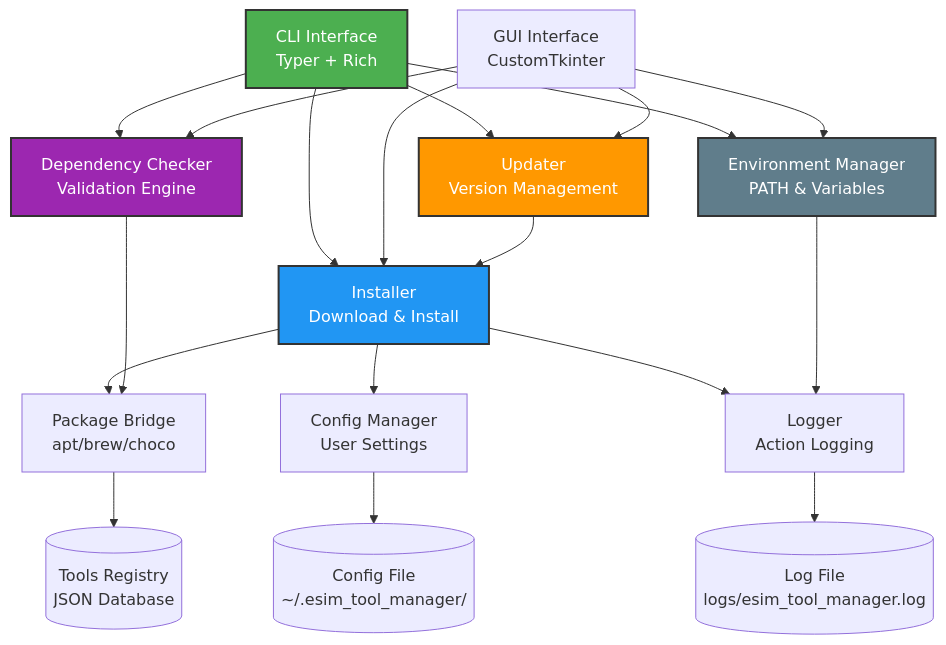
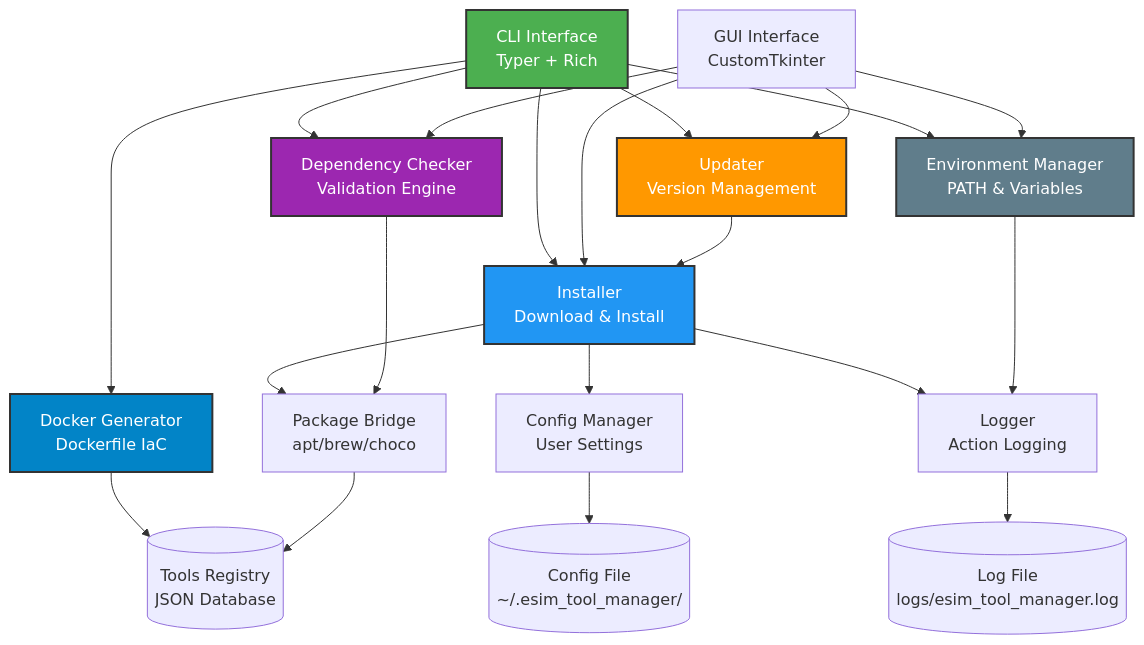
Before and after one commit to Mausam5055/esim-tool-manager: the first of 2 diagrams in README.md, drawn with Mermaid. The commit also changed other lines of this file and 7 other files, not shown here.

Commit message:
docs: add project report and architectural diagrams for Automated Tool Manager

````diff
--- a/README.md
+++ b/README.md
@@ -150,29 +150,32 @@
 ```mermaid
 graph TD
     CLI[CLI Interface<br/>Typer + Rich] --> INS[Installer<br/>Download & Install]
     GUI[GUI Interface<br/>CustomTkinter] --> INS
     CLI --> UPD[Updater<br/>Version Management]
     GUI --> UPD
     CLI --> DEP[Dependency Checker<br/>Validation Engine]
     GUI --> DEP
     CLI --> ENV[Environment Manager<br/>PATH & Variables]
     GUI --> ENV
+    CLI --> DCK[Docker Generator<br/>Dockerfile IaC]
     
     INS --> PKG[Package Bridge<br/>apt/brew/choco]
     INS --> CFG[Config Manager<br/>User Settings]
     INS --> LOG[Logger<br/>Action Logging]
     
     DEP --> PKG
     UPD --> INS
     ENV --> LOG
+    DCK --> REG
     
     PKG --> REG[(Tools Registry<br/>JSON Database)]
     CFG --> CFGFILE[(Config File<br/>~/.esim_tool_manager/)]
     LOG --> LOGFILE[(Log File<br/>logs/esim_tool_manager.log)]
     
     style CLI fill:#4CAF50,stroke:#333,stroke-width:2px,color:#fff
     style INS fill:#2196F3,stroke:#333,stroke-width:2px,color:#fff
     style UPD fill:#FF9800,stroke:#333,stroke-width:2px,color:#fff
     style DEP fill:#9C27B0,stroke:#333,stroke-width:2px,color:#fff
     style ENV fill:#607D8B,stroke:#333,stroke-width:2px,color:#fff
+    style DCK fill:#0284C7,stroke:#333,stroke-width:2px,color:#fff
 ```
````
